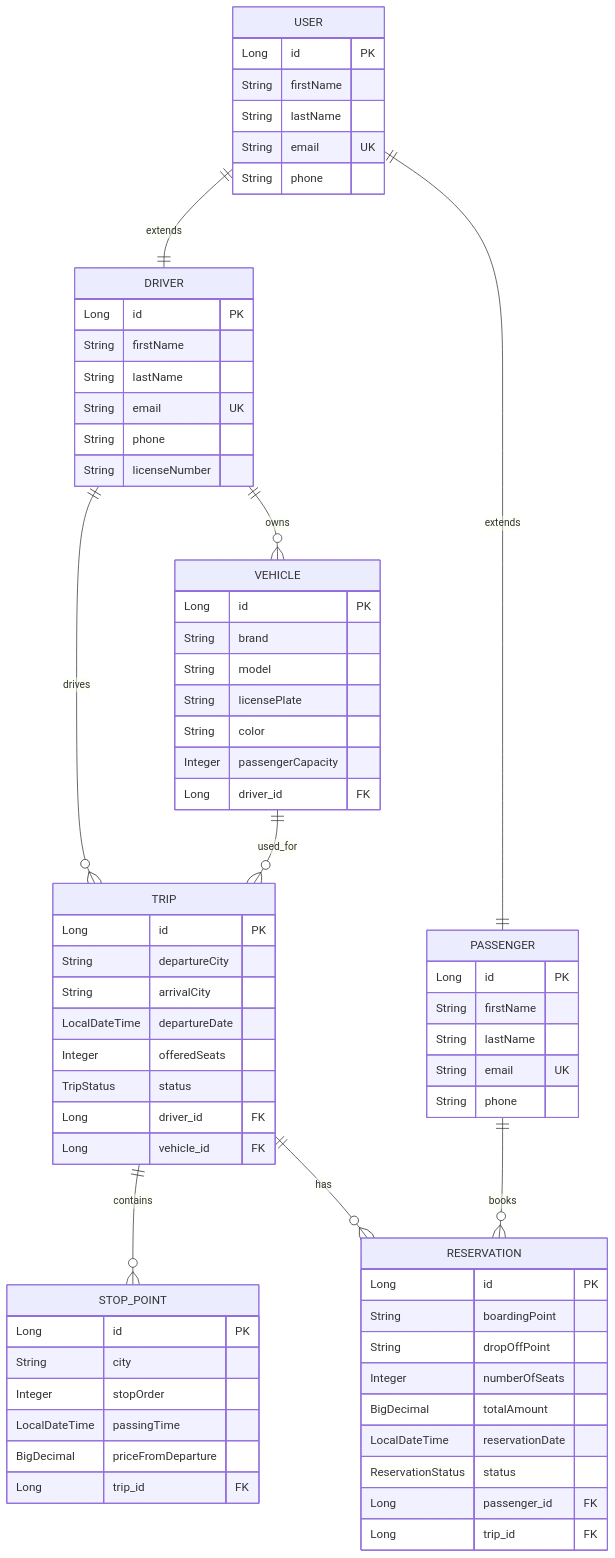
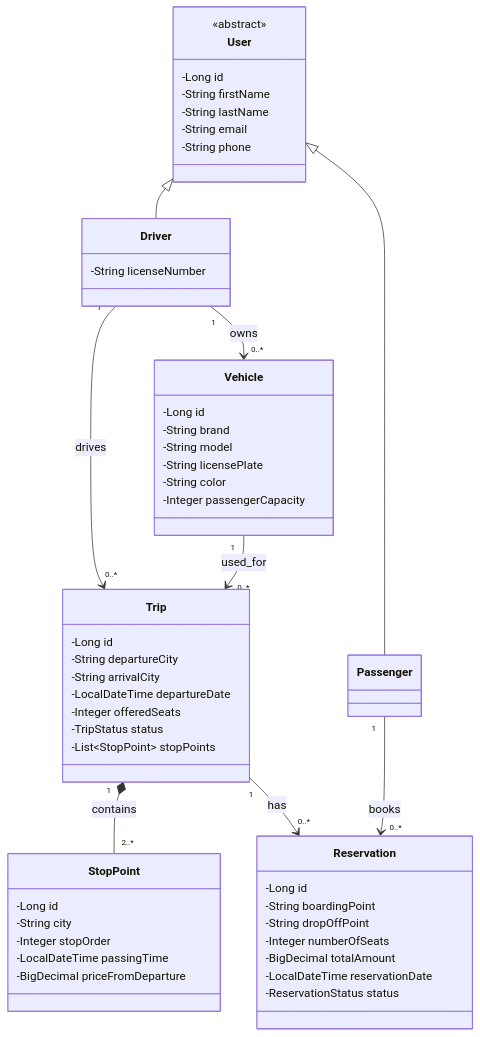
The diagram in README.md (kara7z/covoiturage), drawn with Mermaid before and after one commit. The commit also changed other lines of this file, not shown here.

Commit message:
docs(readme): replace the ER diagram with a UML class diagram
Model the domain with real UML inheritance: User is abstract and
Driver/Passenger inherit its attributes instead of repeating them.
All fields are private (-), and Trip composes StopPoint.

````diff
--- a/README.md
+++ b/README.md
@@ -138,78 +138,64 @@
 ```mermaid
-erDiagram
-    USER ||--|| DRIVER : extends
-    USER ||--|| PASSENGER : extends
-    DRIVER ||--o{ VEHICLE : owns
-    DRIVER ||--o{ TRIP : drives
-    VEHICLE ||--o{ TRIP : used_for
-    TRIP ||--o{ STOP_POINT : contains
-    TRIP ||--o{ RESERVATION : has
-    PASSENGER ||--o{ RESERVATION : books
-
-    USER {
-        Long id PK
-        String firstName
-        String lastName
-        String email UK
-        String phone
+classDiagram
+    class User {
+        <<abstract>>
+        -Long id
+        -String firstName
+        -String lastName
+        -String email
+        -String phone
     }
 
-    DRIVER {
-        Long id PK
-        String firstName
-        String lastName
-        String email UK
-        String phone
-        String licenseNumber
+    class Driver {
+        -String licenseNumber
     }
 
-    PASSENGER {
-        Long id PK
-        String firstName
-        String lastName
-        String email UK
-        String phone
+    class Passenger
+
+    class Vehicle {
+        -Long id
+        -String brand
+        -String model
+        -String licensePlate
+        -String color
+        -Integer passengerCapacity
     }
 
-    VEHICLE {
-        Long id PK
-        String brand
-        String model
-        String licensePlate
-        String color
-        Integer passengerCapacity
-        Long driver_id FK
+    class Trip {
+        -Long id
+        -String departureCity
+        -String arrivalCity
+        -LocalDateTime departureDate
+        -Integer offeredSeats
+        -TripStatus status
+        -List~StopPoint~ stopPoints
     }
 
-    TRIP {
-        Long id PK
-        String departureCity
-        String arrivalCity
-        LocalDateTime departureDate
-        Integer offeredSeats
-        TripStatus status
-        Long driver_id FK
-        Long vehicle_id FK
+    class StopPoint {
+        -Long id
+        -String city
+        -Integer stopOrder
+        -LocalDateTime passingTime
+        -BigDecimal priceFromDeparture
     }
 
-    STOP_POINT {
-        Long id PK
-        String city
-        Integer stopOrder
-        LocalDateTime passingTime
-        BigDecimal priceFromDeparture
-        Long trip_id FK
+    class Reservation {
+        -Long id
+        -String boardingPoint
+        -String dropOffPoint
+        -Integer numberOfSeats
+        -BigDecimal totalAmount
+        -LocalDateTime reservationDate
+        -ReservationStatus status
     }
 
-    RESERVATION {
-        Long id PK
-        String boardingPoint
-        String dropOffPoint
-        Integer numberOfSeats
-        BigDecimal totalAmount
-        LocalDateTime reservationDate
-        ReservationStatus status
-        Long passenger_id FK
-        Long trip_id FK
-    }
+    User <|-- Driver
+    User <|-- Passenger
+
+    Driver "1" --> "0..*" Vehicle : owns
+    Driver "1" --> "0..*" Trip : drives
+    Vehicle "1" --> "0..*" Trip : used_for
+    Trip "1" *-- "2..*" StopPoint : contains
+    Trip "1" --> "0..*" Reservation : has
+    Passenger "1" --> "0..*" Reservation : books
 ```
````
